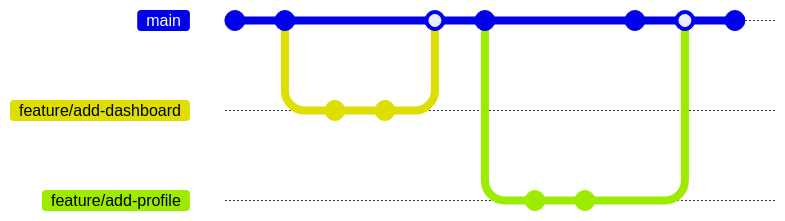
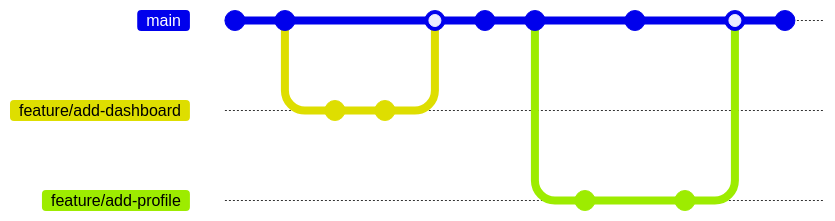
One commit to vnglst/koenvangilst.nl changed the first of 2 diagrams in data/blog/trunkbased-development.mdx. Above: the diagram before and after it, drawn with Mermaid. The commit also changed other lines of this file, not shown here. Commit ids are hidden.

````diff
--- a/data/blog/trunkbased-development.mdx
+++ b/data/blog/trunkbased-development.mdx
@@ -87,20 +92,23 @@
 ```mermaid
 gitGraph
-commit
-commit
+commit id: "feature 1"
+commit id: "feature 2"
 branch feature/add-dashboard
 checkout feature/add-dashboard
 commit id: "add dashboard"
 commit id: "add styling"
 checkout main
 merge feature/add-dashboard
-commit
+commit id: "fix 1"
+commit id: "fix 2"
 branch feature/add-profile
 checkout feature/add-profile
 commit id: "add profile"
+checkout main
+commit id: "feature 3"
+checkout feature/add-profile
 commit id: "add unit tests"
 checkout main
-commit
 merge feature/add-profile
-commit
+commit id: "fix 3"
 ```
````
